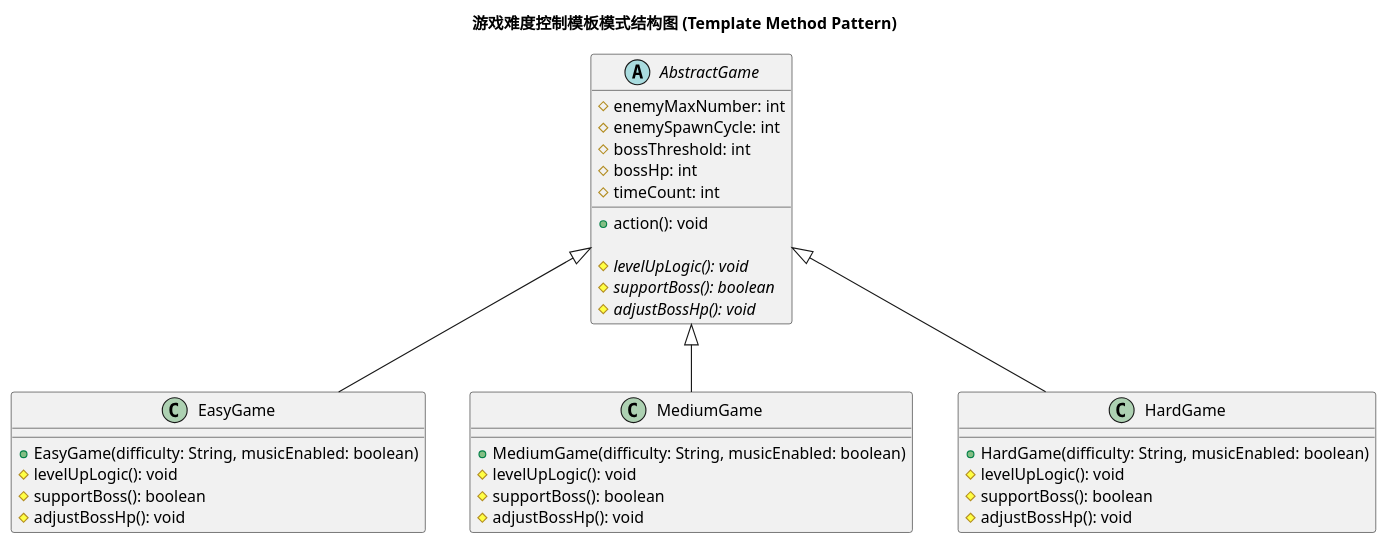
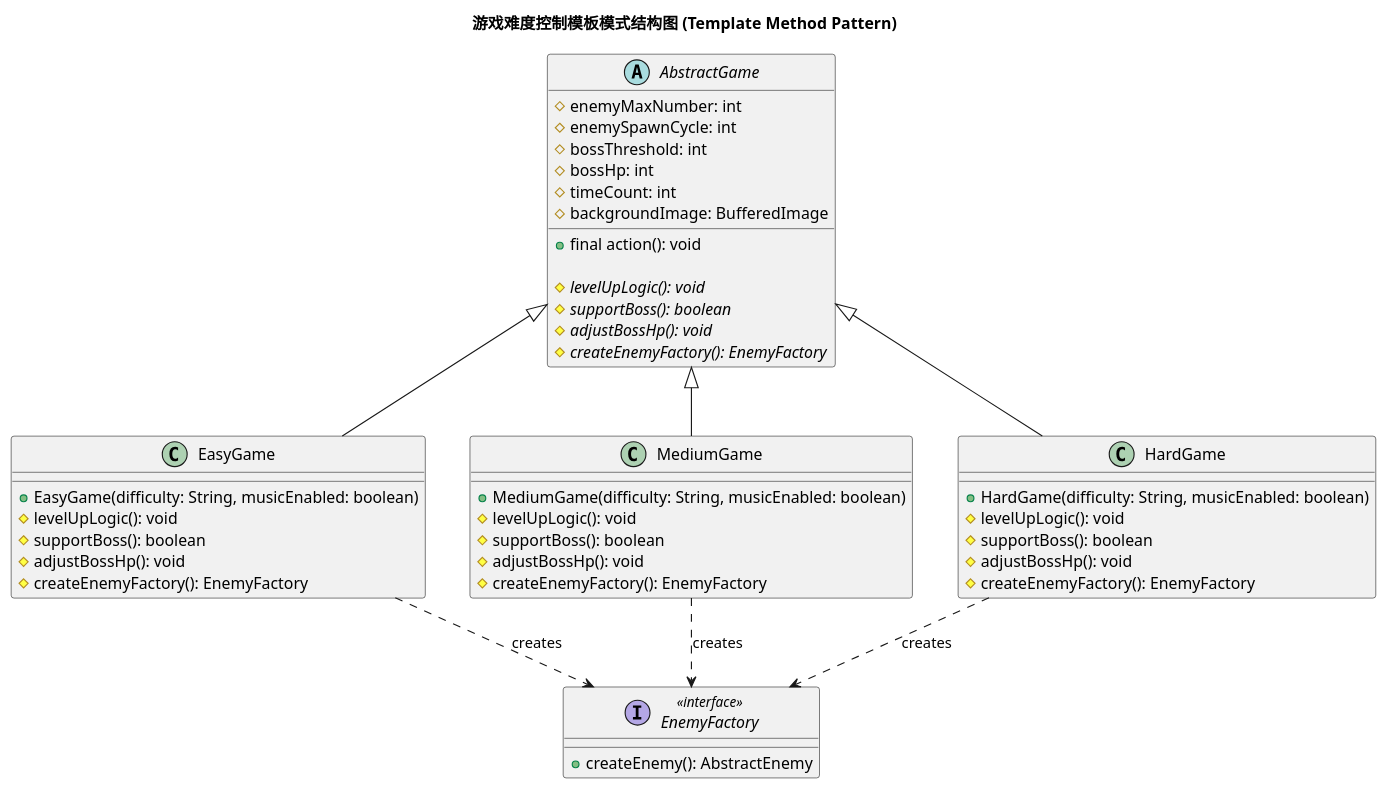
The diagram in uml/Template Method Pattern.puml (Leslie-1341/AircraftWar-base1.0), drawn with PlantUML before and after one commit. The commit also changed 4 other files, not shown here.

Commit message:
根据修改后的代码更新了uml类图

```diff
--- a/uml/Template Method Pattern.puml
+++ b/uml/Template Method Pattern.puml
@@ -1,67 +1,85 @@
 @startuml
 title 游戏难度控制模板模式结构图 (Template Method Pattern)
 
 ' ===================
 ' 【排版优化】
 ' ===================
 skinparam nodesep 40
 skinparam ranksep 60
 
 ' =====================================
 ' 1. 抽象类 (AbstractClass)
 ' =====================================
 abstract class AbstractGame {
     ' 难度相关的基础属性
     # enemyMaxNumber: int
     # enemySpawnCycle: int
     # bossThreshold: int
     # bossHp: int
     # timeCount: int
+    # backgroundImage: BufferedImage
 
     ' 模板方法：定义了游戏主循环的基础骨架，内部调用了钩子方法
-    + action(): void
+    + final action(): void
 
     ' 抽象方法/钩子方法：交由具体难度子类实现
     # {abstract} levelUpLogic(): void
     # {abstract} supportBoss(): boolean
     # {abstract} adjustBossHp(): void
+    # {abstract} createEnemyFactory(): EnemyFactory
 }
 
 ' =====================================
 ' 2. 具体类 (ConcreteClasses)
 ' =====================================
 together {
     class EasyGame {
         + EasyGame(difficulty: String, musicEnabled: boolean)
         # levelUpLogic(): void
         # supportBoss(): boolean
         # adjustBossHp(): void
+        # createEnemyFactory(): EnemyFactory
     }
 
     class MediumGame {
         + MediumGame(difficulty: String, musicEnabled: boolean)
         # levelUpLogic(): void
         # supportBoss(): boolean
         # adjustBossHp(): void
+        # createEnemyFactory(): EnemyFactory
     }
 
     class HardGame {
         + HardGame(difficulty: String, musicEnabled: boolean)
         # levelUpLogic(): void
         # supportBoss(): boolean
         # adjustBossHp(): void
+        # createEnemyFactory(): EnemyFactory
     }
+}
+
+' =====================================
+' 3. 补充依赖的接口 (彰显设计模式的结合)
+' =====================================
+interface EnemyFactory <<interface>> {
+    + createEnemy(): AbstractEnemy
 }
 
 ' 优化布局
 EasyGame -[hidden]right- MediumGame
 MediumGame -[hidden]right- HardGame
 
 ' =====================================
+' 关系连线
+' =====================================
 ' 继承关系
-' =====================================
 EasyGame -up-|> AbstractGame
 MediumGame -up-|> AbstractGame
 HardGame -up-|> AbstractGame
 
+' 依赖关系（难度类创建并返回具体的敌机工厂）
+EasyGame ..> EnemyFactory : creates
+MediumGame ..> EnemyFactory : creates
+HardGame ..> EnemyFactory : creates
+
 @enduml
```
